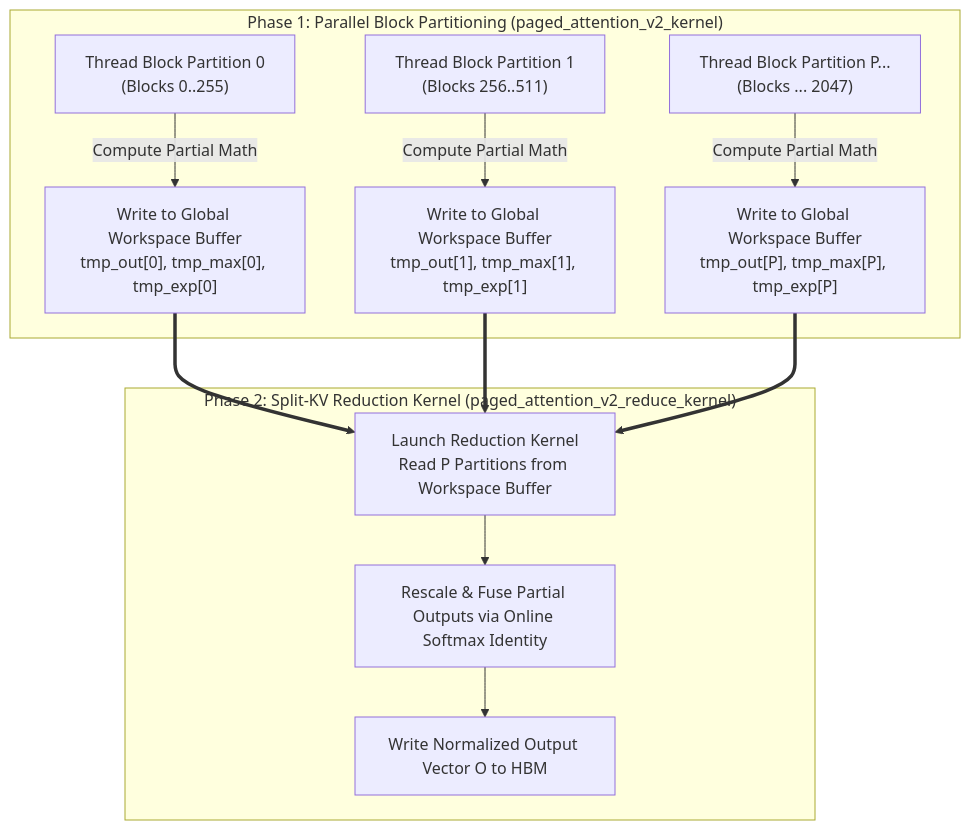
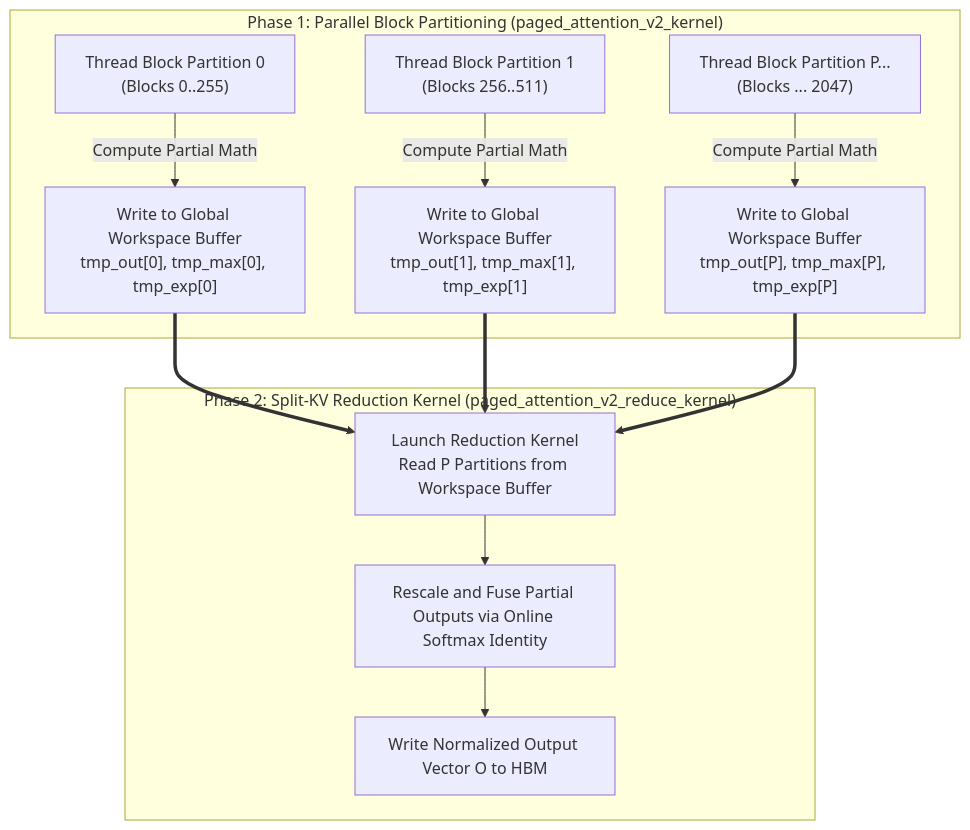
One commit to Marinette101/vllm-learning-notes changed the fourth of 5 diagrams in docs/en/04_hardware_and_kernel_optimization.md. Above: the diagram before and after it, drawn with Mermaid. The commit also changed other lines of this file and 1 other file, not shown here.

Commit message:
Fix Mermaid flowchart in Module 4 Part 2.1 and clean up ampersands/labels across all flowcharts

````diff
--- a/docs/en/04_hardware_and_kernel_optimization.md
+++ b/docs/en/04_hardware_and_kernel_optimization.md
@@ -149,14 +151,16 @@
 ```mermaid
 flowchart TD
     subgraph PHASE1 ["Phase 1: Parallel Block Partitioning (paged_attention_v2_kernel)"]
-        TB1["Thread Block Partition 0<br>(Blocks 0..255)"] -->|Compute Partial Math| TMP1["Write to Global Workspace Buffer<br>tmp_out[0], tmp_max[0], tmp_exp[0]"]
-        TB2["Thread Block Partition 1<br>(Blocks 256..511)"] -->|Compute Partial Math| TMP2["Write to Global Workspace Buffer<br>tmp_out[1], tmp_max[1], tmp_exp[1]"]
-        TB3["Thread Block Partition P...<br>(Blocks ... 2047)"] -->|Compute Partial Math| TMP3["Write to Global Workspace Buffer<br>tmp_out[P], tmp_max[P], tmp_exp[P]"]
+        TB1["Thread Block Partition 0<br>(Blocks 0..255)"] -->|"Compute Partial Math"| TMP1["Write to Global Workspace Buffer<br>tmp_out[0], tmp_max[0], tmp_exp[0]"]
+        TB2["Thread Block Partition 1<br>(Blocks 256..511)"] -->|"Compute Partial Math"| TMP2["Write to Global Workspace Buffer<br>tmp_out[1], tmp_max[1], tmp_exp[1]"]
+        TB3["Thread Block Partition P...<br>(Blocks ... 2047)"] -->|"Compute Partial Math"| TMP3["Write to Global Workspace Buffer<br>tmp_out[P], tmp_max[P], tmp_exp[P]"]
     end
 
     subgraph PHASE2 ["Phase 2: Split-KV Reduction Kernel (paged_attention_v2_reduce_kernel)"]
-        TMP1 & TMP2 & TMP3 ==> REDUCE["Launch Reduction Kernel<br>Read P Partitions from Workspace Buffer"]
-        REDUCE --> RESCALE["Rescale & Fuse Partial Outputs via Online Softmax Identity"]
+        TMP1 ==> REDUCE["Launch Reduction Kernel<br>Read P Partitions from Workspace Buffer"]
+        TMP2 ==> REDUCE
+        TMP3 ==> REDUCE
+        REDUCE --> RESCALE["Rescale and Fuse Partial Outputs via Online Softmax Identity"]
         RESCALE --> FINAL_O["Write Normalized Output Vector O to HBM"]
     end
 ```
````
